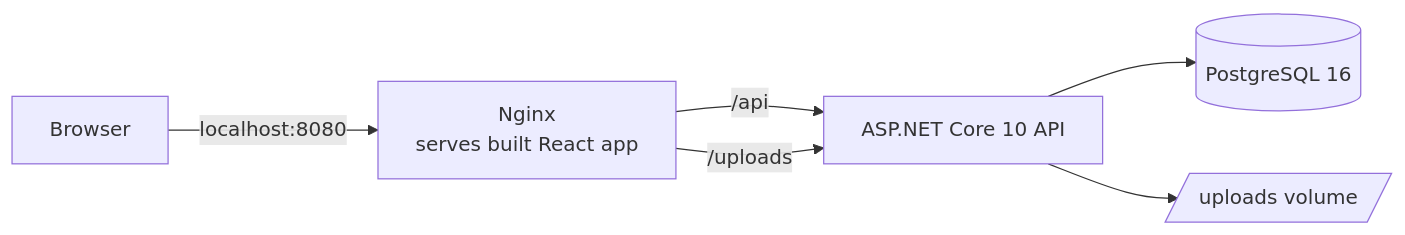
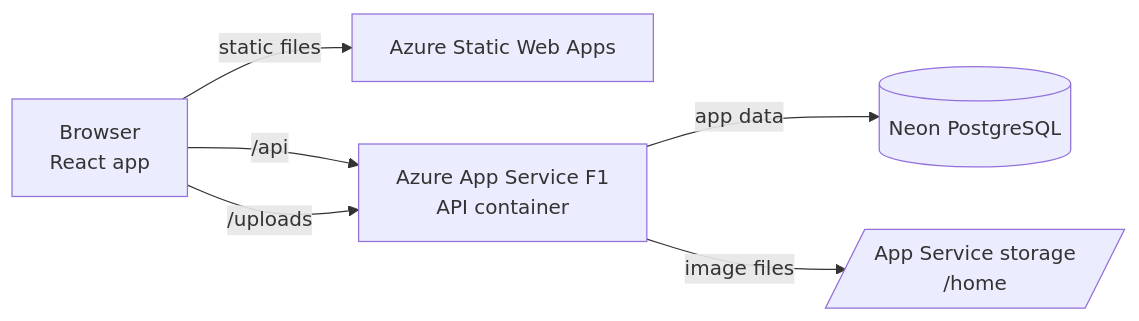
One commit to 20davo/asset-management-system changed the first of 2 diagrams in README.md. Above: the diagram before and after it, drawn with Mermaid. The commit also changed other lines of this file and 2 other files, not shown here.

````diff
--- a/README.md
+++ b/README.md
@@ -57,8 +62,8 @@
 ```mermaid
 flowchart LR
-    B[Browser] -->|"localhost:8080"| N["Nginx<br>serves built React app"]
-    N -->|"/api"| A["ASP.NET Core 10 API"]
-    N -->|"/uploads"| A
-    A --> D[("PostgreSQL 16")]
-    A --> V[/"uploads volume"/]
+    B["Browser<br>React app"] -->|"static files"| S["Azure Static Web Apps"]
+    B -->|"/api"| A["Azure App Service F1<br>API container"]
+    B -->|"/uploads"| A
+    A -->|"app data"| D[("Neon PostgreSQL")]
+    A -->|"image files"| H[/"App Service storage<br>/home"/]
 ```
````
